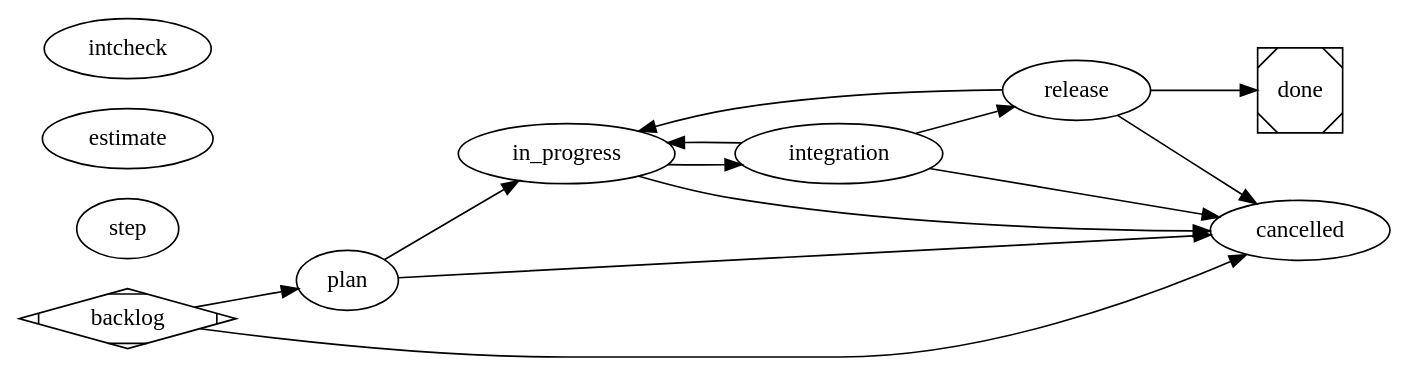
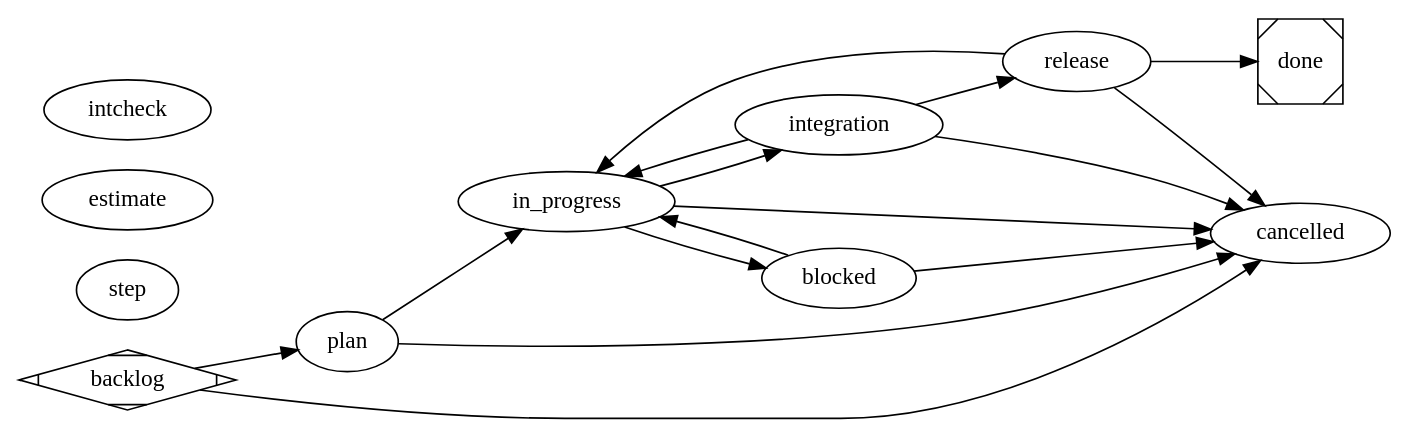
Before and after one commit to bobmcallan/satelle: the diagram in .satelle/workflows/satelle-project-workflow.md, drawn with Graphviz. The commit also changed 16 other files, not shown here.

First line of the commit message:
feat(workflow): blocked park state + reason gate (sty_af447d80)

````diff
--- a/.satelle/workflows/satelle-project-workflow.md
+++ b/.satelle/workflows/satelle-project-workflow.md
@@ -48,40 +48,48 @@
 ```dot
 digraph satelle_workflow {
   graph [goal="Drive a story to done — plan reviewed against the ACs, implemented in-loop, released and verified by CI, every gate accepted", vars="story, repo_root"]
   rankdir=LR
 
   backlog     [shape=Mdiamond]
   plan        [agent=planner, prompt="@skill:plan"]     // DISPATCHED: isolated read-only planner
   in_progress [agent=executor, prompt="@skill:code"]    // IN-LOOP: driving session implements
   integration [agent=executor, prompt="@skill:integrate"] // IN-LOOP: driving session tests
   release     [agent=executor, prompt="@skill:release"] // IN-LOOP: driving session releases
   done        [shape=Msquare]                           // terminal (release-review gates the edge in)
   cancelled   [agent=reviewer, prompt="@skill:satelle-story-cancel-review"]
+  // blocked is a park state (not engaged): world-not-ready, same ACs on resume.
+  // agent=reviewer so the edit/commit gates do not treat it as engaged work.
+  blocked     [agent=reviewer, prompt="@skill:satelle-story-blocked-review"]
 
   // step opts this workflow into per-transition step summaries (sty_9a139c78):
   // an edge-less declaration, mandatory so a summary failure is surfaced.
   step        [agent=reviewer, prompt="@skill:satelle-step-summary", mandatory=true]
 
   // Declared scoped reviewers (edge-less, on="<target states>"): always-on gates the
   // workflow itself declares. estimate gates begin-work + close; intcheck runs
   // `make integration` on entry to release — i.e. on the integration -> release edge,
   // alongside that edge's satelle-integration-review — so integration is a VISIBLE step.
   estimate    [agent=reviewer, prompt="@skill:satelle-estimate-actual-review", on="in_progress,done"]
   intcheck    [agent=reviewer, prompt="@skill:satelle-integration-check", on="release"]
 
   backlog     -> plan         [agent=reviewer, prompt="@skill:satelle-story-intent-review"] // intake gate: a story must pass intent-review to enter plan
   plan        -> in_progress  [agent=reviewer, prompt="@skill:satelle-story-plan-review"]
   in_progress -> integration  [agent=reviewer, prompt="@skill:satelle-code-ac-review"]     // code matches the ACs -> enter integration
   integration -> release      [agent=reviewer, prompt="@skill:satelle-integration-review"] // tests adequate (+ scoped intcheck runs make integration) -> enter release
   release     -> done         [agent=reviewer, prompt="@skill:satelle-story-release-review"]
 
   integration -> in_progress  // recovery: a test/review reject returns to work
   release     -> in_progress  // recovery: a release/done reject returns to work
 
+  // Park / resume: world-not-ready (reason gated on entry). Resume is agent-directed.
+  in_progress -> blocked      [agent=reviewer, prompt="@skill:satelle-story-blocked-review"]
+  blocked     -> in_progress
+
   backlog     -> cancelled
   plan        -> cancelled
   in_progress -> cancelled
+  blocked     -> cancelled
   integration -> cancelled
   release     -> cancelled
 }
 ```
````
